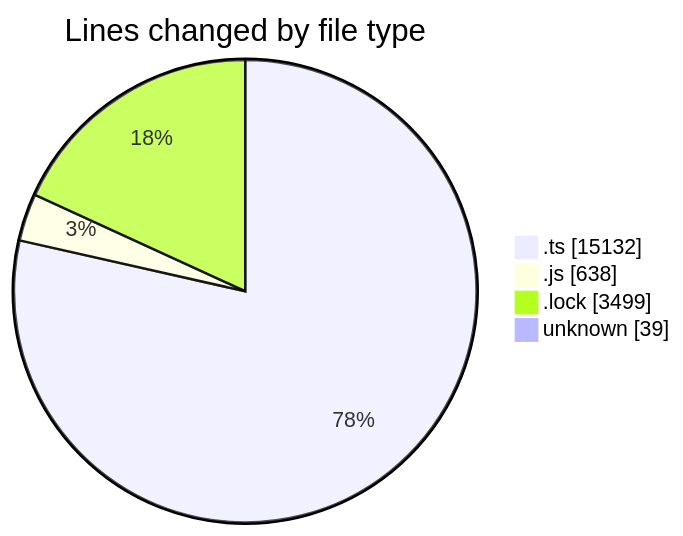
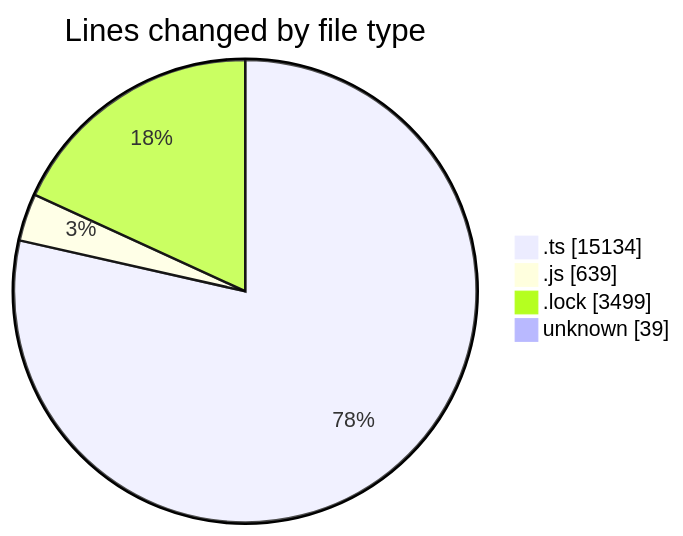
Before and after one commit to momahboobian/code-tracking: the first of 2 diagrams in 2025-05-20/cda/README.md, drawn with Mermaid. The commit also changed other lines of this file and 1 other file, not shown here.

````diff
--- a/2025-05-20/cda/README.md
+++ b/2025-05-20/cda/README.md
@@ -31,8 +31,8 @@
 ```mermaid
 pie showData
 title Lines changed by file type
-".ts" : 15132
-".js" : 638
+".ts" : 15134
+".js" : 639
 ".lock" : 3499
 "unknown" : 39
 ```
````
